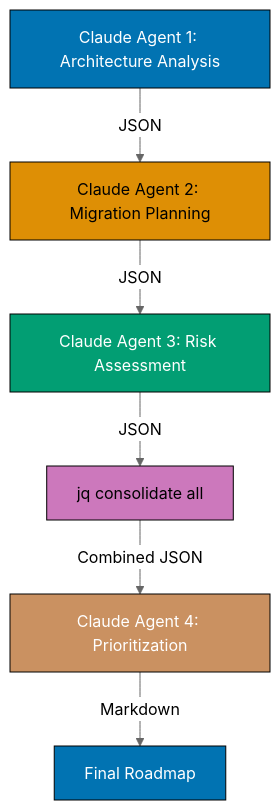
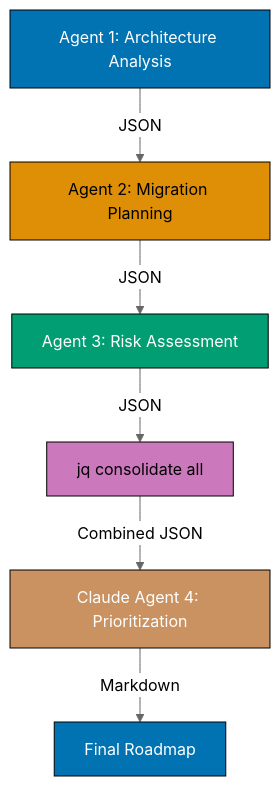
One commit to wahidyankf/baseerah changed the third of 14 diagrams in apps/ayokoding-www/content/en/learn/artificial-intelligence/tools/claude-code/by-example/advanced.md. Above: the diagram before and after it, drawn with Mermaid (neutral theme). The commit also changed other lines of this file and 88 other files, not shown here.

First line of the commit message:
fix(ayokoding-www): resolve pre-existing Mermaid violations, exclude fixtures/plans-done

````diff
--- a/apps/ayokoding-www/content/en/learn/artificial-intelligence/tools/claude-code/by-example/advanced.md
+++ b/apps/ayokoding-www/content/en/learn/artificial-intelligence/tools/claude-code/by-example/advanced.md
@@ -256,15 +256,15 @@
 ```mermaid
 graph TD
-    A[Claude Agent 1: Architecture Analysis] -->|JSON| B[Claude Agent 2: Migration Planning]
-    B -->|JSON| C[Claude Agent 3: Risk Assessment]
+    A[Agent 1: Architecture Analysis] -->|JSON| B[Agent 2: Migration Planning]
+    B -->|JSON| C[Agent 3: Risk Assessment]
     C -->|JSON| D[jq consolidate all]
     D -->|Combined JSON| E[Claude Agent 4: Prioritization]
     E -->|Markdown| F[Final Roadmap]
 
     style A fill:#0173B2,stroke:#000,color:#fff
     style B fill:#DE8F05,stroke:#000,color:#000
     style C fill:#029E73,stroke:#000,color:#fff
     style D fill:#CC78BC,stroke:#000,color:#000
     style E fill:#CA9161,stroke:#000,color:#fff
     style F fill:#0173B2,stroke:#000,color:#fff
 ```
````
